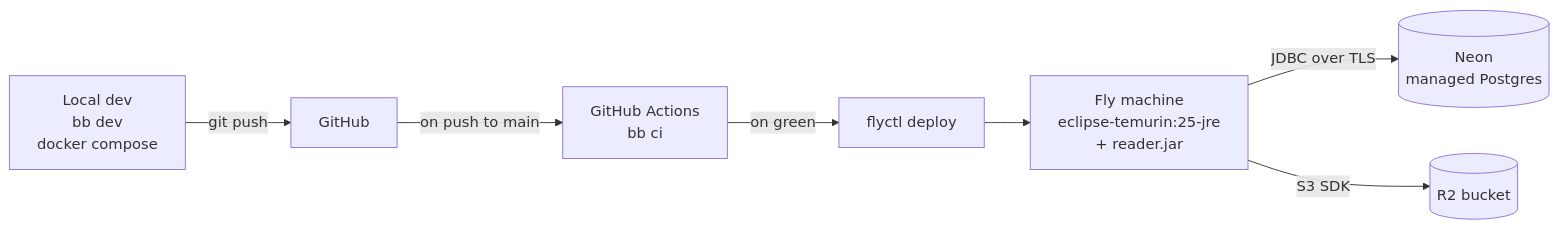
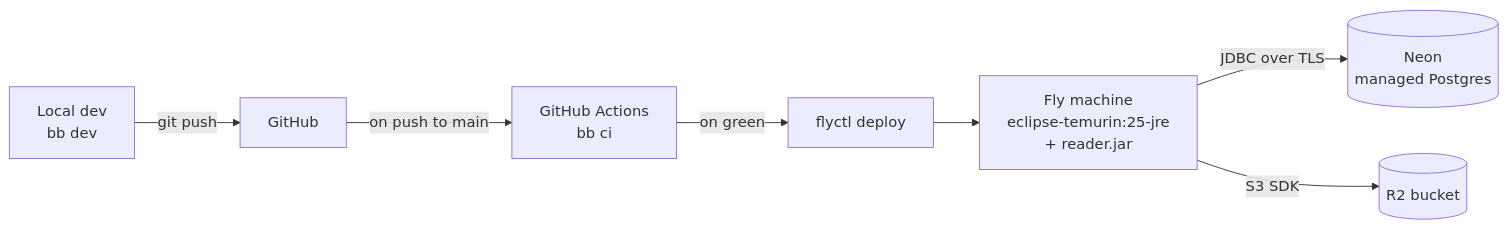
Before and after one commit to kirahowe/reader: the fourth of 4 diagrams in docs/architecture.md, drawn with Mermaid. The commit also changed other lines of this file and 35 other files, not shown here.

````diff
--- a/docs/architecture.md
+++ b/docs/architecture.md
@@ -165,9 +175,9 @@
 ```mermaid
 flowchart LR
-  dev["Local dev<br/>bb dev<br/>docker compose"] -->|git push| gh["GitHub"]
+  dev["Local dev<br/>bb dev"] -->|git push| gh["GitHub"]
   gh -->|on push to main| ga["GitHub Actions<br/>bb ci"]
   ga -->|on green| fly["flyctl deploy"]
   fly --> machine["Fly machine<br/>eclipse-temurin:25-jre<br/>+ reader.jar"]
   machine -->|JDBC over TLS| neon[("Neon<br/>managed Postgres")]
   machine -->|S3 SDK| r2[("R2 bucket")]
 ```
````
